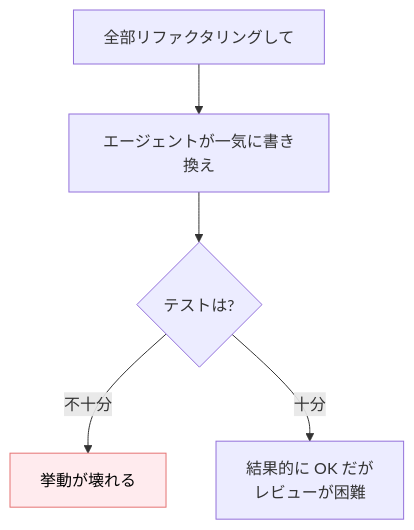
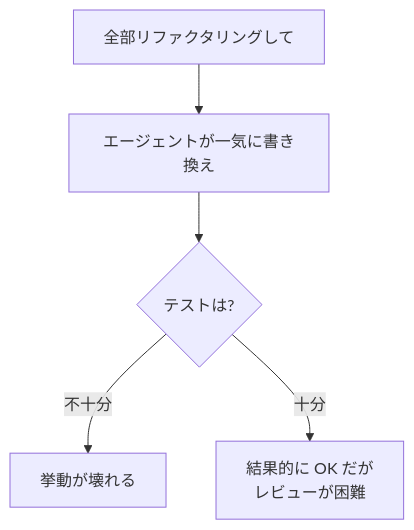
The first of 2 diagrams in docs/case-studies/llm-エージェントに大規模リファクタリングを安全に任せる手順.md (dinekt/dinekt-wiki), drawn with Mermaid before and after one commit. The commit also changed other lines of this file and 70 other files, not shown here.

First line of the commit message:
fix(mermaid): strip all inline styling, rely on theme

````diff
--- a/docs/case-studies/llm-エージェントに大規模リファクタリングを安全に任せる手順.md
+++ b/docs/case-studies/llm-エージェントに大規模リファクタリングを安全に任せる手順.md
@@ -23,9 +23,8 @@
 ```mermaid
 flowchart TD
     A[全部リファクタリングして] --> B[エージェントが一気に書き換え]
     B --> C{テストは?}
     C -->|不十分| D[挙動が壊れる]
     C -->|十分| E[結果的に OK だが<br/>レビューが困難]
 
-    style D fill:#ffebee,stroke:#e57373,color:#000
 ```
````
